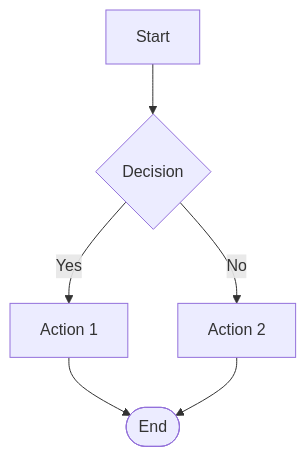
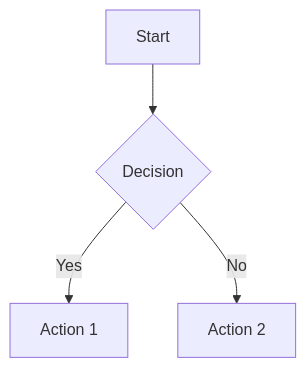
The first of 2 diagrams in rules/mermaid-rules.mdc (reloveution/dart-flutter-rules), drawn with Mermaid before and after one commit. The commit also changed other lines of this file and 23 other files, not shown here.

````diff
--- a/rules/mermaid-rules.mdc
+++ b/rules/mermaid-rules.mdc
@@ -21,8 +17,6 @@
 ```mermaid
 flowchart TD
     A[Start] --> B{Decision}
     B -->|Yes| C[Action 1]
     B -->|No| D[Action 2]
-    C --> E([End])
-    D --> E
 ```
````
